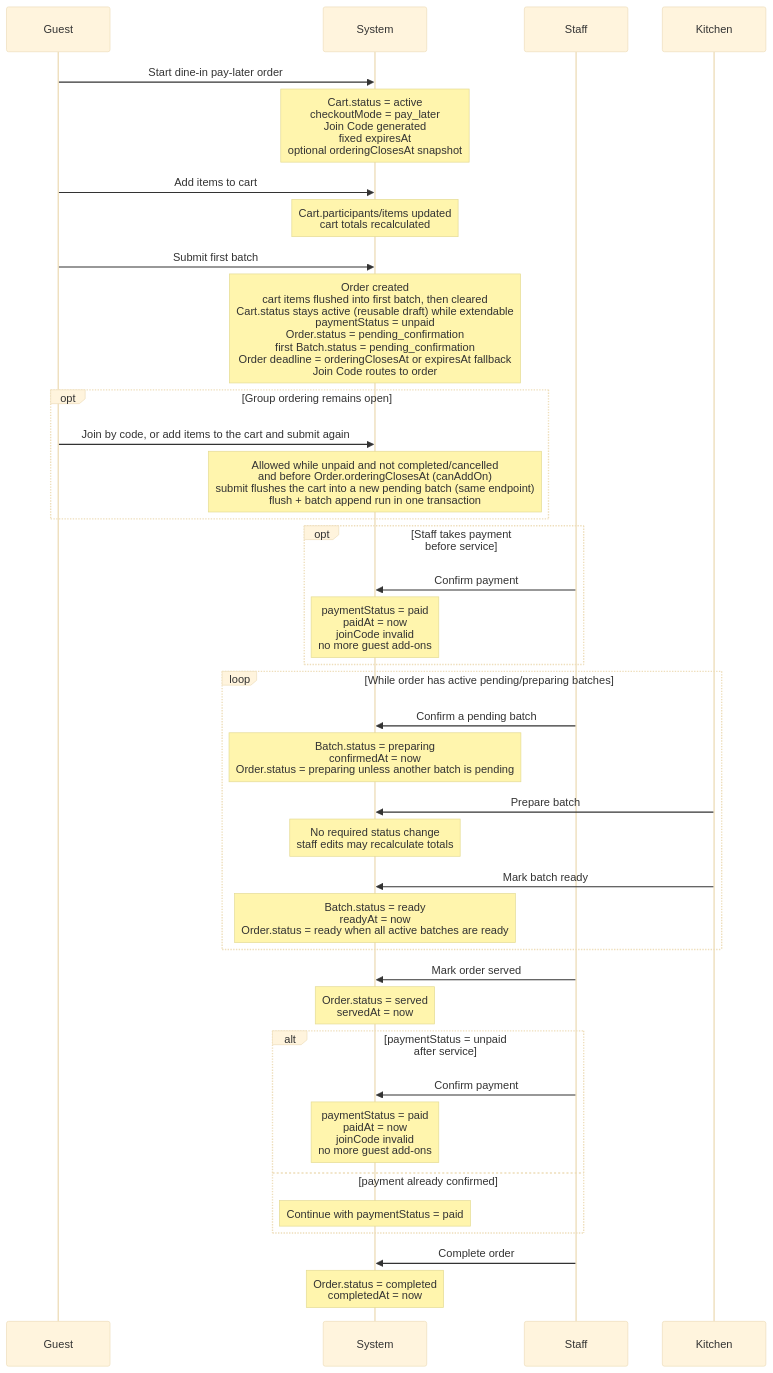
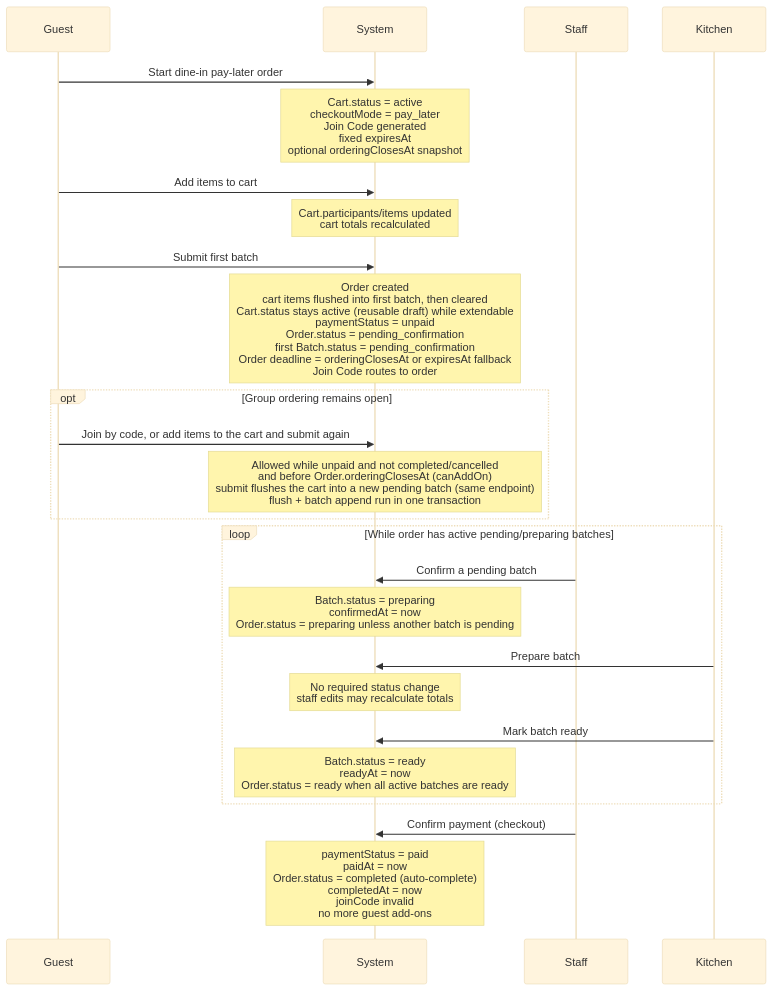
Before and after one commit to hyh009/ordering-platform: the third of 3 diagrams in docs/features/ordering-flow.md, drawn with Mermaid (base theme). The commit also changed other lines of this file and 19 other files, not shown here.

First line of the commit message:
refactor: remove served stage and auto-complete pay_later orders

````diff
--- a/docs/features/ordering-flow.md
+++ b/docs/features/ordering-flow.md
@@ -97,50 +94,35 @@
 ```mermaid
 sequenceDiagram
   participant Guest
   participant System
   participant Staff
   participant Kitchen
 
   Guest->>System: Start dine-in pay-later order
   Note over System: Cart.status = active<br/>checkoutMode = pay_later<br/>Join Code generated<br/>fixed expiresAt<br/>optional orderingClosesAt snapshot
 
   Guest->>System: Add items to cart
   Note over System: Cart.participants/items updated<br/>cart totals recalculated
 
   Guest->>System: Submit first batch
   Note over System: Order created<br/>cart items flushed into first batch, then cleared<br/>Cart.status stays active (reusable draft) while extendable<br/>paymentStatus = unpaid<br/>Order.status = pending_confirmation<br/>first Batch.status = pending_confirmation<br/>Order deadline = orderingClosesAt or expiresAt fallback<br/>Join Code routes to order
 
   opt Group ordering remains open
     Guest->>System: Join by code, or add items to the cart and submit again
     Note over System: Allowed while unpaid and not completed/cancelled<br/>and before Order.orderingClosesAt (canAddOn)<br/>submit flushes the cart into a new pending batch (same endpoint)<br/>flush + batch append run in one transaction
   end
 
-  opt Staff takes payment before service
-    Staff->>System: Confirm payment
-    Note over System: paymentStatus = paid<br/>paidAt = now<br/>joinCode invalid<br/>no more guest add-ons
-  end
-
   loop While order has active pending/preparing batches
     Staff->>System: Confirm a pending batch
     Note over System: Batch.status = preparing<br/>confirmedAt = now<br/>Order.status = preparing unless another batch is pending
 
     Kitchen->>System: Prepare batch
     Note over System: No required status change<br/>staff edits may recalculate totals
 
     Kitchen->>System: Mark batch ready
     Note over System: Batch.status = ready<br/>readyAt = now<br/>Order.status = ready when all active batches are ready
   end
 
-  Staff->>System: Mark order served
-  Note over System: Order.status = served<br/>servedAt = now
-
-  alt paymentStatus = unpaid after service
-    Staff->>System: Confirm payment
-    Note over System: paymentStatus = paid<br/>paidAt = now<br/>joinCode invalid<br/>no more guest add-ons
-  else payment already confirmed
-    Note over System: Continue with paymentStatus = paid
-  end
-
-  Staff->>System: Complete order
-  Note over System: Order.status = completed<br/>completedAt = now
+  Staff->>System: Confirm payment (checkout)
+  Note over System: paymentStatus = paid<br/>paidAt = now<br/>Order.status = completed (auto-complete)<br/>completedAt = now<br/>joinCode invalid<br/>no more guest add-ons
 ```
````
